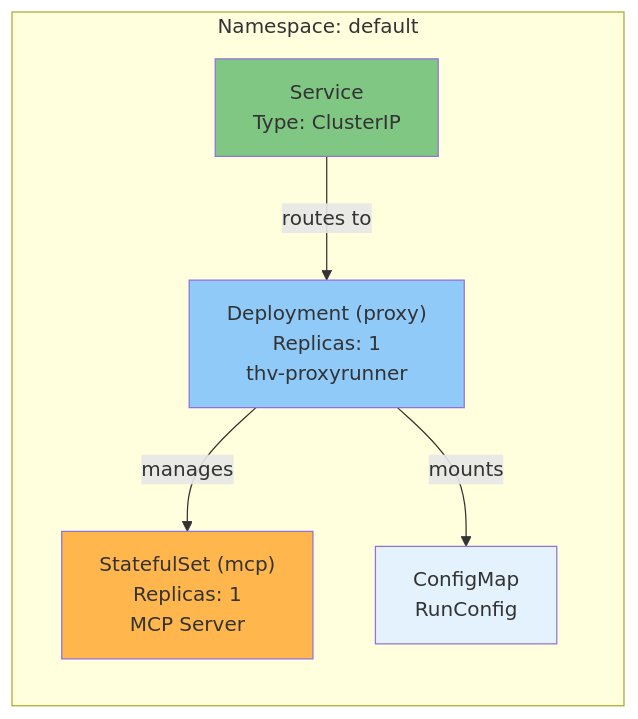
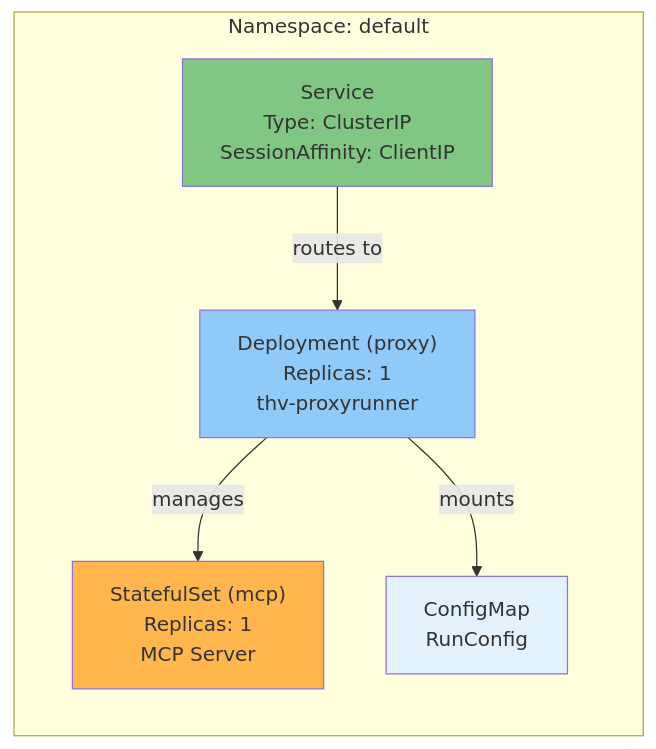
One commit to stacklok/toolhive changed the third of 4 diagrams in docs/arch/09-operator-architecture.md. Above: the diagram before and after it, drawn with Mermaid. The commit also changed other lines of this file, not shown here.

Commit message:
Update operator architecture docs for SessionAffinity
Document that all operator-created Services use
SessionAffinity: ClientIP to support stateful MCP sessions.

````diff
--- a/docs/arch/09-operator-architecture.md
+++ b/docs/arch/09-operator-architecture.md
@@ -339,18 +340,18 @@
 ```mermaid
 graph LR
     subgraph "Namespace: default"
         Deploy["Deployment (proxy)<br/>Replicas: 1<br/>thv-proxyrunner"]
-        SVC["Service<br/>Type: ClusterIP"]
+        SVC["Service<br/>Type: ClusterIP<br/>SessionAffinity: ClientIP"]
         STS["StatefulSet (mcp)<br/>Replicas: 1<br/>MCP Server"]
         CM["ConfigMap<br/>RunConfig"]
     end
 
     Deploy -->|manages| STS
     Deploy -->|mounts| CM
     SVC -->|routes to| Deploy
 
     style Deploy fill:#90caf9
     style STS fill:#ffb74d
     style SVC fill:#81c784
     style CM fill:#e3f2fd
 ```
````
